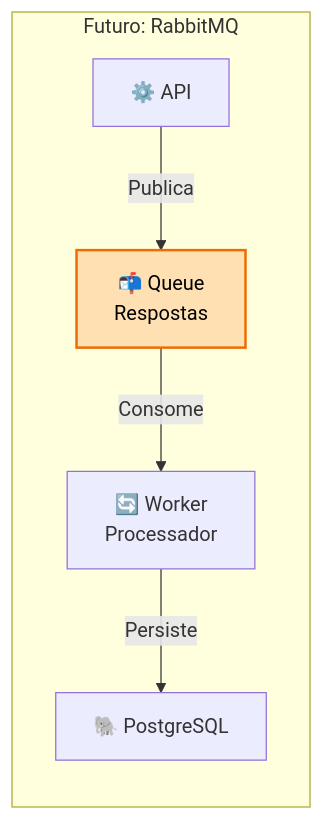
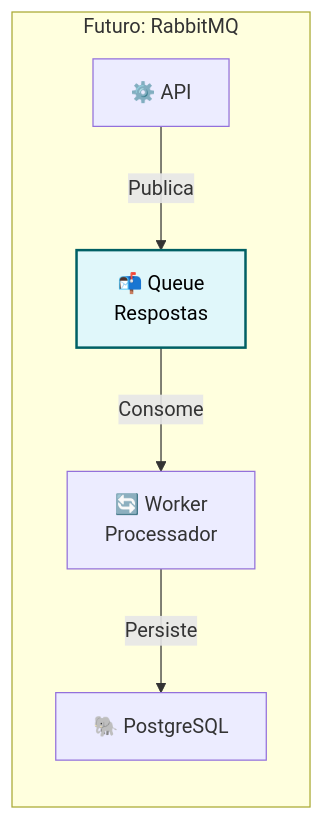
Before and after one commit to gabrigabs/public-polls-app: the eighth of 10 diagrams in docs/05-escalabilidade.md, drawn with Mermaid. The commit also changed other lines of this file and 3 other files, not shown here.

Commit message:
docs: fix diagram colors for better dark mode visibility (cyan/white high contrast)

````diff
--- a/docs/05-escalabilidade.md
+++ b/docs/05-escalabilidade.md
@@ -260,16 +260,16 @@
 ```mermaid
 graph LR
     subgraph "Futuro: RabbitMQ"
         API["⚙️ API"]
         Q["📬 Queue<br/>Respostas"]
         W["🔄 Worker<br/>Processador"]
         DB["🐘 PostgreSQL"]
     end
 
     API -->|"Publica"| Q
     Q -->|"Consome"| W
     W -->|"Persiste"| DB
 
-    classDef queue fill:#ffe0b2,stroke:#ef6c00,color:#000,stroke-width:2px;
+    classDef queue fill:#e0f7fa,stroke:#006064,color:#000,stroke-width:2px;
     class Q queue;
 ```
````
